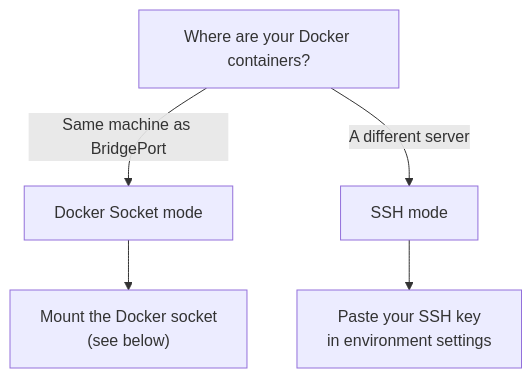
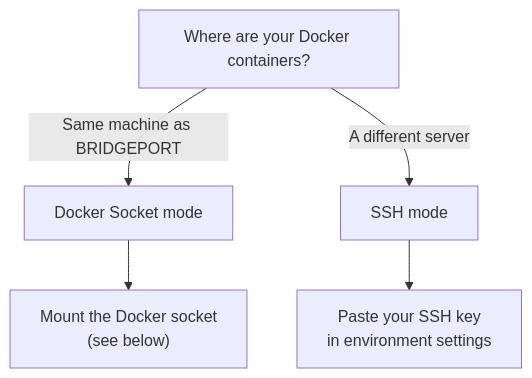
The diagram in docs/getting-started.md (bridgeinpt/bridgeport), drawn with Mermaid before and after one commit. The commit also changed other lines of this file and 94 other files, not shown here.

````diff
--- a/docs/getting-started.md
+++ b/docs/getting-started.md
@@ -105,8 +105,8 @@
 ```mermaid
 flowchart TD
     Q["Where are your Docker containers?"]
-    Q -->|Same machine as BridgePort| A["Docker Socket mode"]
+    Q -->|Same machine as BRIDGEPORT| A["Docker Socket mode"]
     Q -->|A different server| B["SSH mode"]
     A --> A1["Mount the Docker socket<br/>(see below)"]
     B --> B1["Paste your SSH key<br/>in environment settings"]
 ```
````
